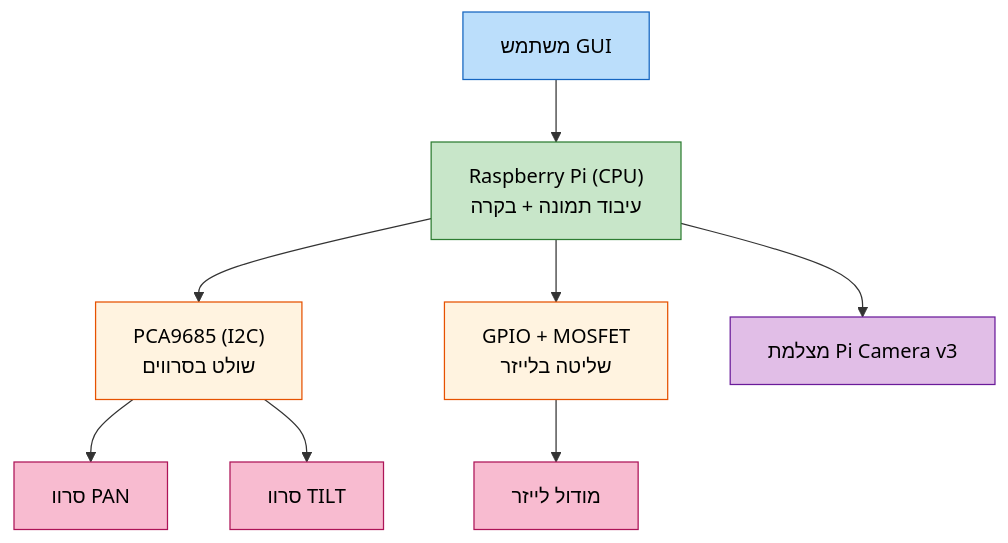
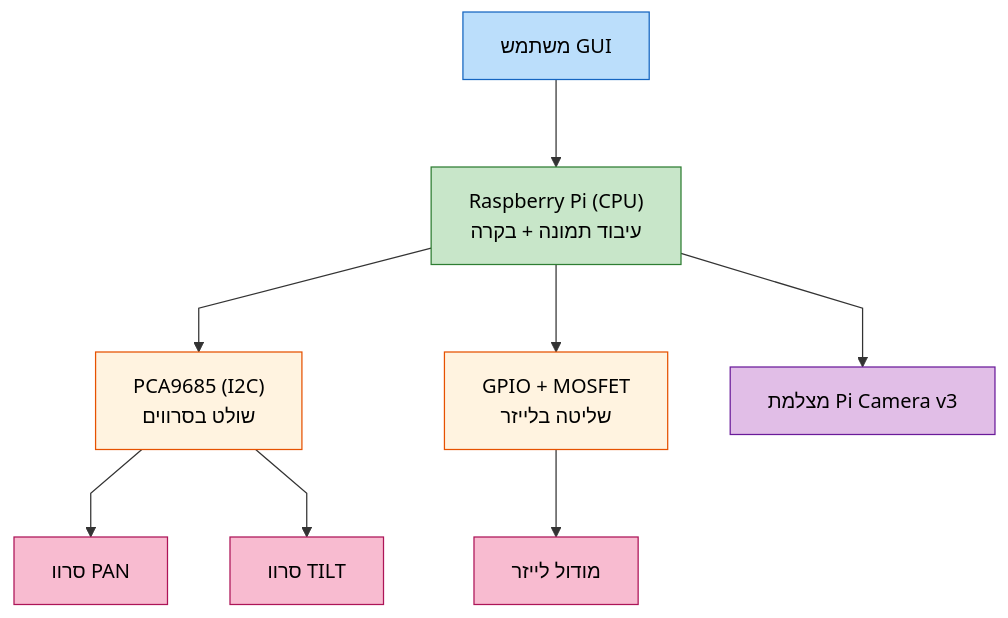
Before and after one commit to Adamzvulun/pi: the diagram in bookv3/diagrams/proposal-block-diagram.mmd, drawn with Mermaid. The commit also changed 11 other files, not shown here.

First line of the commit message:
docs(bookv3): straight-line edges + diagrams/README review

```diff
--- a/bookv3/diagrams/proposal-block-diagram.mmd
+++ b/bookv3/diagrams/proposal-block-diagram.mmd
@@ -1,25 +1,26 @@
+%%{init: {'flowchart': {'curve': 'linear', 'nodeSpacing': 50, 'rankSpacing': 70}}}%%
 flowchart TB
     classDef cpu fill:#c8e6c9,stroke:#2e7d32,color:#000
     classDef ui fill:#bbdefb,stroke:#1565c0,color:#000
     classDef driver fill:#fff3e0,stroke:#e65100,color:#000
     classDef actuator fill:#f8bbd0,stroke:#ad1457,color:#000
     classDef sensor fill:#e1bee7,stroke:#6a1b9a,color:#000
 
     GUI["משתמש GUI"]:::ui
     CPU["Raspberry Pi (CPU)<br/>עיבוד תמונה + בקרה"]:::cpu
 
     PCA["PCA9685 (I2C)<br/>שולט בסרווים"]:::driver
     GPIO["GPIO + MOSFET<br/>שליטה בלייזר"]:::driver
     CAM["מצלמת Pi Camera v3"]:::sensor
 
     PAN["סרוו PAN"]:::actuator
     TILT["סרוו TILT"]:::actuator
     LASER["מודול לייזר"]:::actuator
 
     GUI --> CPU
     CPU --> PCA
     CPU --> GPIO
     CPU --> CAM
     PCA --> PAN
     PCA --> TILT
     GPIO --> LASER
```
